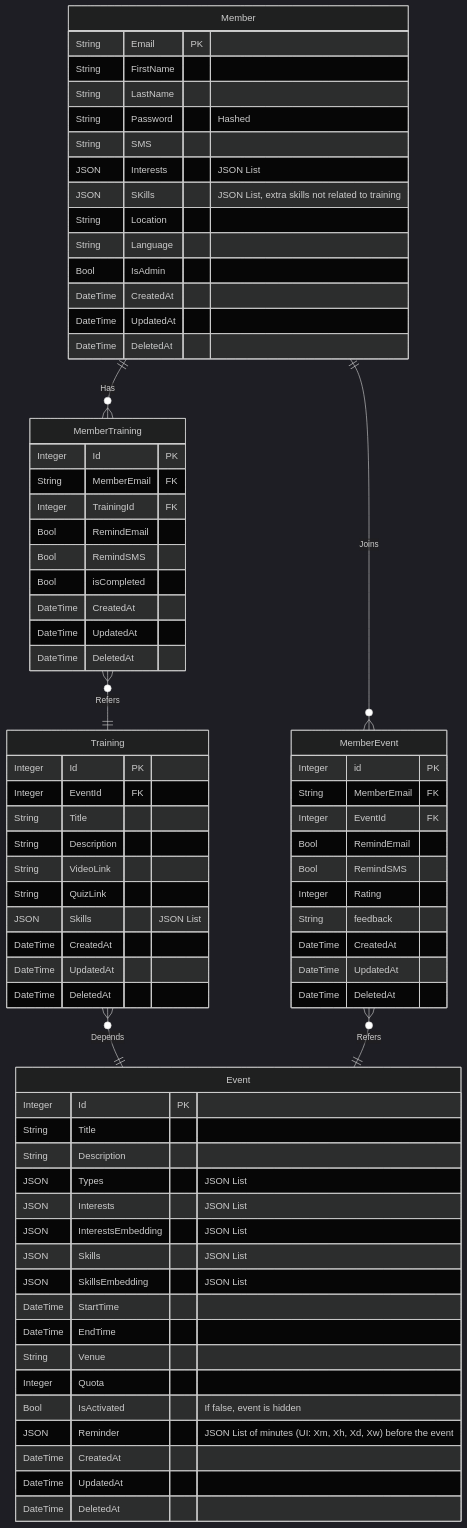
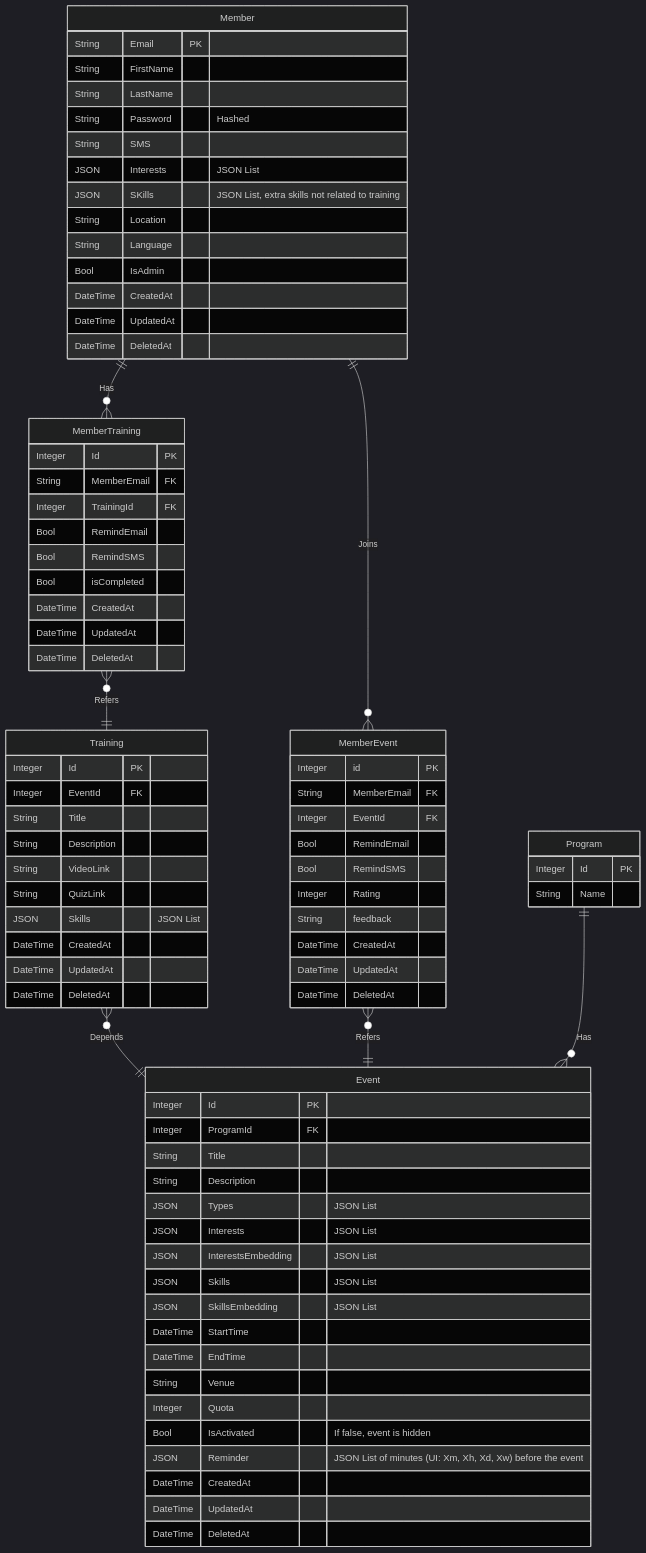
Before and after one commit to Code-To-Give-Team14/code-to-give: the diagram in server/README.md, drawn with Mermaid (dark theme). The commit also changed 2 other files, not shown here.

Commit message:
Create Program Entity

````diff
--- a/server/README.md
+++ b/server/README.md
@@ -46,6 +46,11 @@
         DateTime UpdatedAt
         DateTime DeletedAt
     }
+    
+    Program {
+        Integer Id PK
+        String Name 
+    }
 
     MemberEvent {
         Integer id PK
@@ -62,6 +67,7 @@
 
     Event {
         Integer Id PK
+        Integer ProgramId FK
         String Title
         String Description
         JSON Types "JSON List"
@@ -85,4 +91,5 @@
     Training }o--|| Event: Depends
     Member ||--o{ MemberEvent: Joins
     MemberEvent }o--|| Event: Refers
+    Program ||--o{ Event: Has
 ```
````
